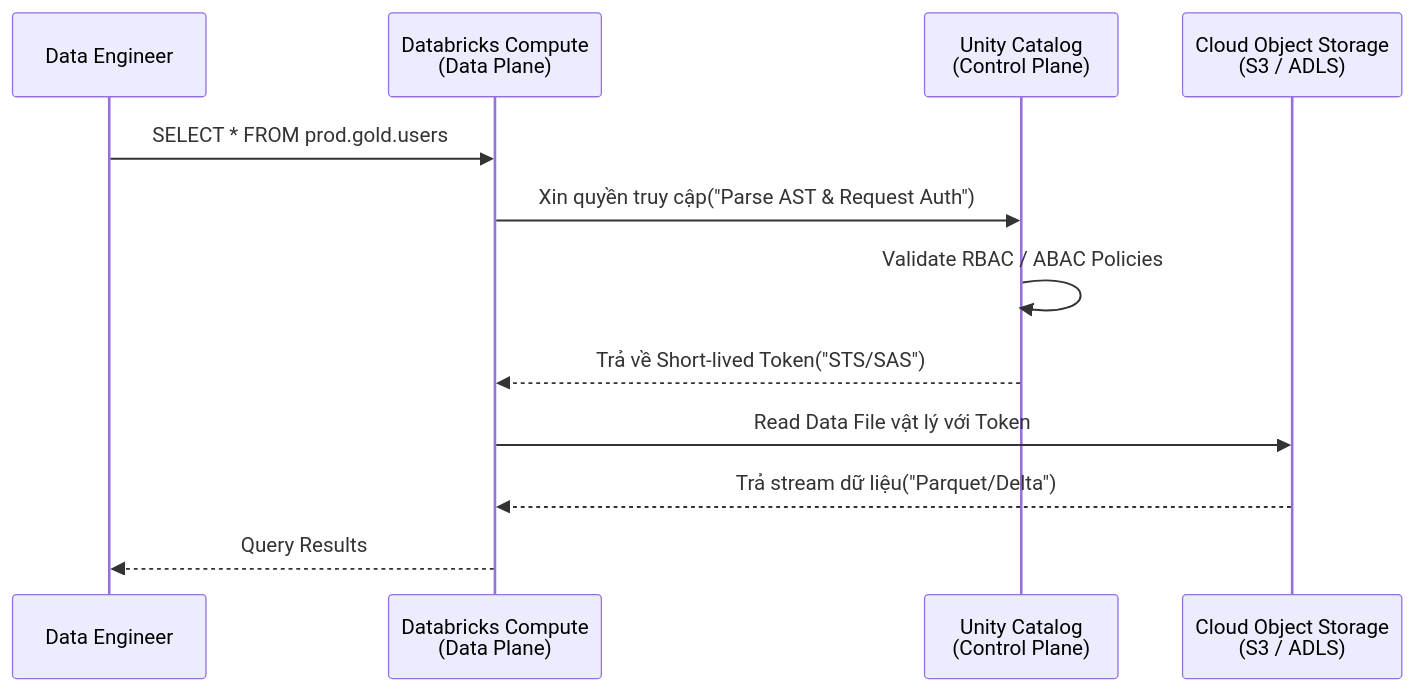
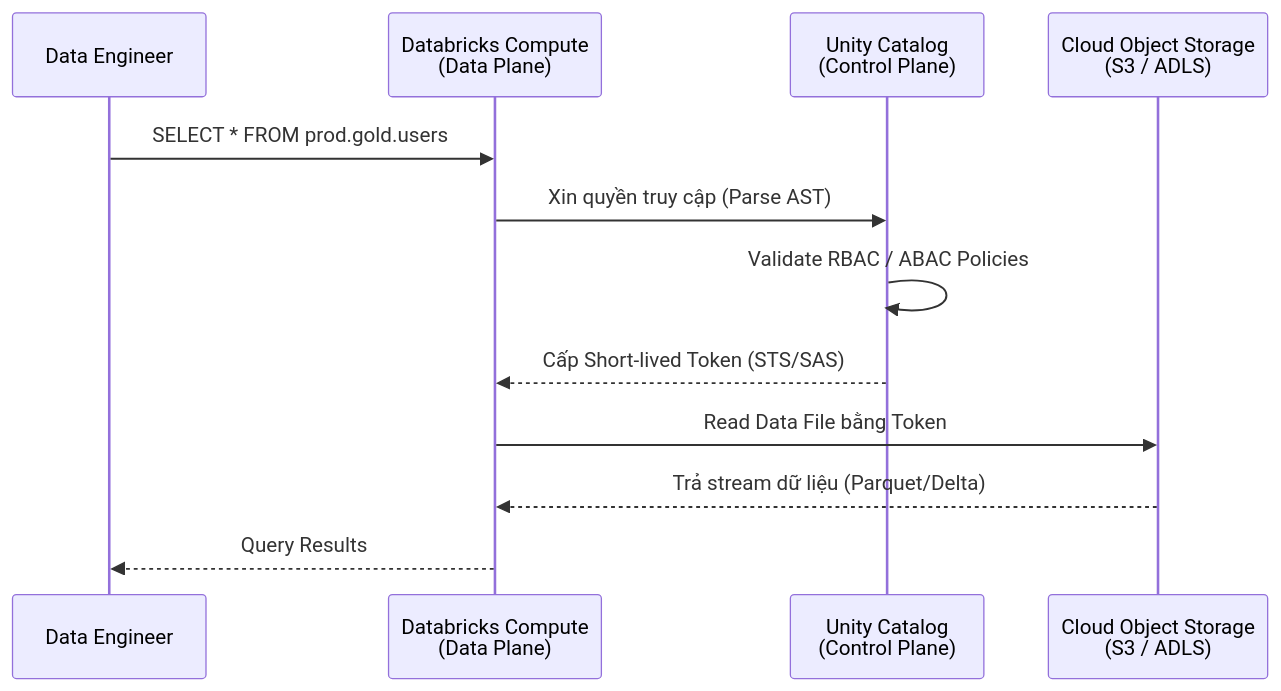
One commit to kythuatdulieu/kythuatdulieu.github.io changed the diagram in src/content/docs/concepts/8-security-governance-finops/unity-catalog.md. Above: the diagram before and after it, drawn with Mermaid. The commit also changed other lines of this file and 1 other file, not shown here.

````diff
--- a/src/content/docs/concepts/8-security-governance-finops/unity-catalog.md
+++ b/src/content/docs/concepts/8-security-governance-finops/unity-catalog.md
@@ -31,15 +32,15 @@
 ```mermaid
 sequenceDiagram
     participant User as Data Engineer
     participant Cluster as Databricks Compute<br>(Data Plane)
     participant UC as Unity Catalog<br>(Control Plane)
     participant Storage as Cloud Object Storage<br>(S3 / ADLS)
 
     User->>Cluster: SELECT * FROM prod.gold.users
-    Cluster->>UC: Xin quyền truy cập("Parse AST & Request Auth")
+    Cluster->>UC: Xin quyền truy cập (Parse AST)
     UC->>UC: Validate RBAC / ABAC Policies
-    UC-->>Cluster: Trả về Short-lived Token("STS/SAS")
-    Cluster->>Storage: Read Data File vật lý với Token
-    Storage-->>Cluster: Trả stream dữ liệu("Parquet/Delta")
+    UC-->>Cluster: Cấp Short-lived Token (STS/SAS)
+    Cluster->>Storage: Read Data File bằng Token
+    Storage-->>Cluster: Trả stream dữ liệu (Parquet/Delta)
     Cluster-->>User: Query Results
 ```
````
